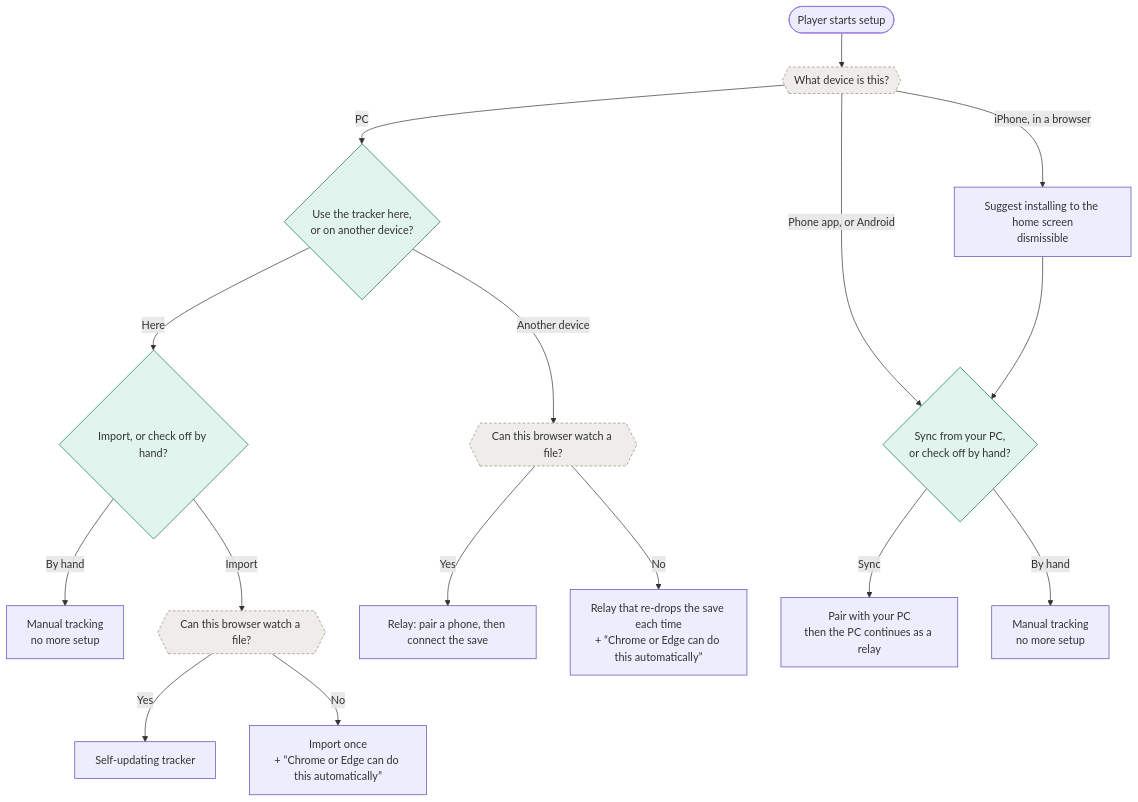
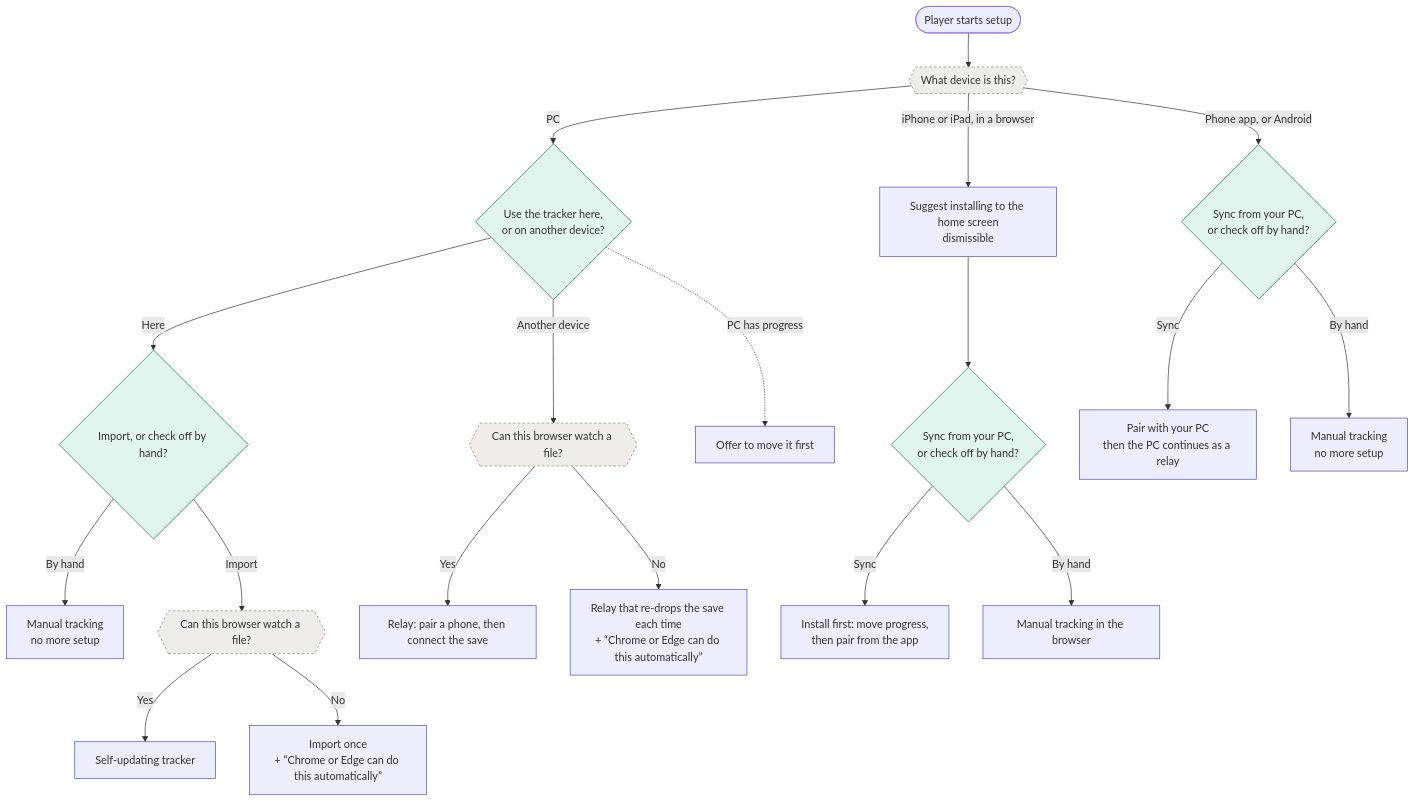
One commit to mrh-is/mistria-fyi changed the diagram in docs/sync-setup.md. Above: the diagram before and after it, drawn with Mermaid. The commit also changed other lines of this file and 2 other files, not shown here.

First line of the commit message:
Address the sync setup design review

````diff
--- a/docs/sync-setup.md
+++ b/docs/sync-setup.md
@@ -51,25 +54,28 @@
 ```mermaid
 flowchart TD
     classDef detected fill:#eeedea,stroke:#948a7c,stroke-dasharray:4 3
     classDef asked fill:#e1f5ee,stroke:#0f6e56
     classDef outcome fill:#eeedfe,stroke:#534ab7
 
     START([Player starts setup]) --> DEVICE{{What device is this?}}:::detected
     DEVICE -->|PC| WHERE{Use the tracker here,<br/>or on another device?}:::asked
-    DEVICE -->|iPhone, in a browser| NUDGE[Suggest installing to the home screen<br/>dismissible]:::outcome
+    DEVICE -->|iPhone or iPad, in a browser| NUDGE[Suggest installing to the home screen<br/>dismissible]:::outcome
     DEVICE -->|Phone app, or Android| PHONE{Sync from your PC,<br/>or check off by hand?}:::asked
-    NUDGE --> PHONE
+    NUDGE --> IOSQ{Sync from your PC,<br/>or check off by hand?}:::asked
+    IOSQ -->|Sync| INSTALL[Install first: move progress,<br/>then pair from the app]:::outcome
+    IOSQ -->|By hand| MANUAL3[Manual tracking in the browser]:::outcome
 
     WHERE -->|Here| HOW{Import, or check off by hand?}:::asked
     HOW -->|By hand| MANUAL[Manual tracking<br/>no more setup]:::outcome
     HOW -->|Import| WATCH1{{Can this browser watch a file?}}:::detected
     WATCH1 -->|Yes| SELF[Self-updating tracker]:::outcome
     WATCH1 -->|No| ONCE[Import once<br/>+ “Chrome or Edge can do this automatically”]:::outcome
 
     WHERE -->|Another device| WATCH2{{Can this browser watch a file?}}:::detected
     WATCH2 -->|Yes| RELAY[Relay: pair a phone, then connect the save]:::outcome
     WATCH2 -->|No| REDROP[Relay that re-drops the save each time<br/>+ “Chrome or Edge can do this automatically”]:::outcome
 
     PHONE -->|Sync| PAIR[Pair with your PC<br/>then the PC continues as a relay]:::outcome
+    WHERE -.->|PC has progress| MOVE[Offer to move it first]:::outcome
     PHONE -->|By hand| MANUAL2[Manual tracking<br/>no more setup]:::outcome
 ```
````
